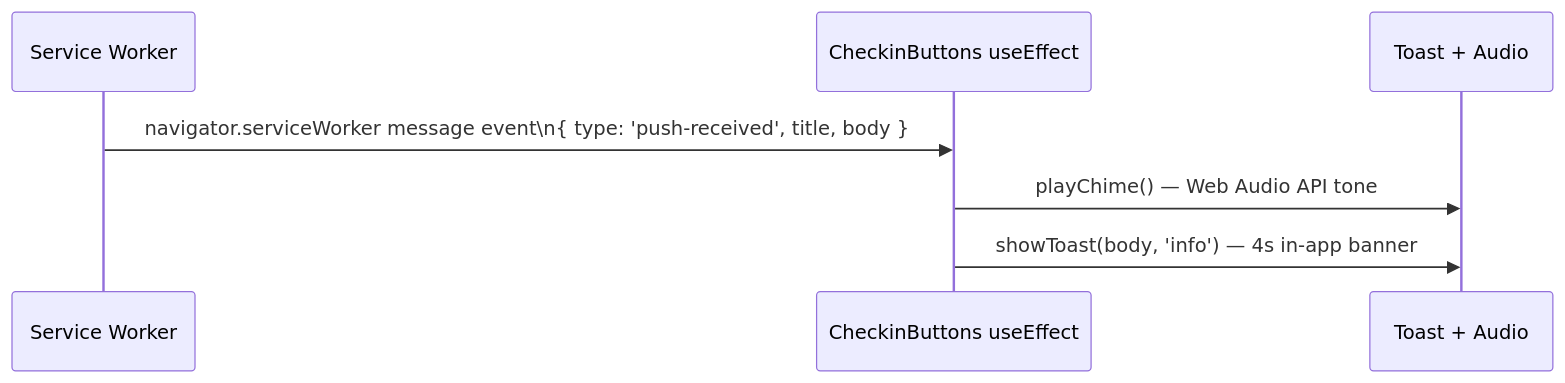
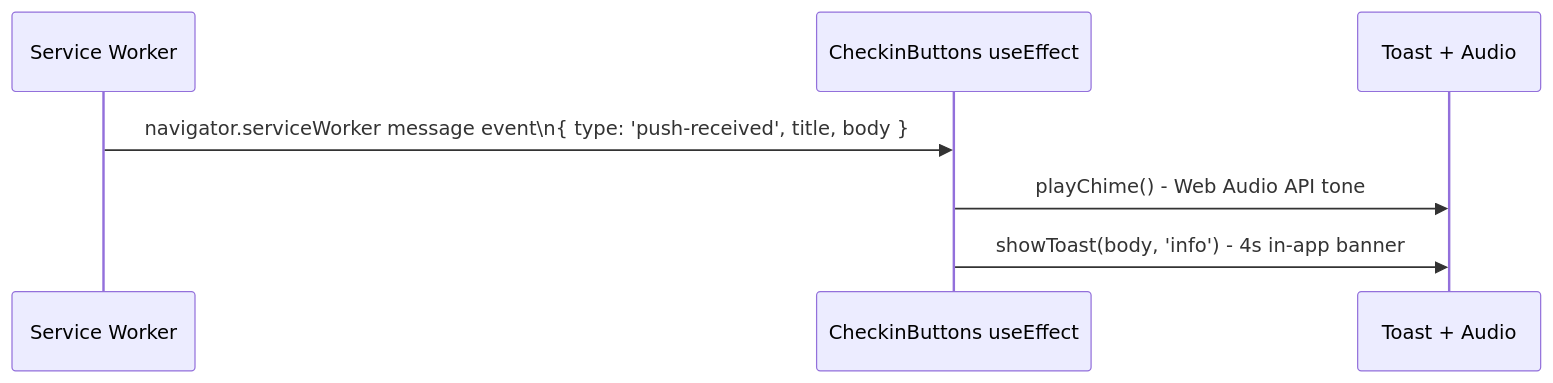
Before and after one commit to ksharma20/checkmark: the fifth of 6 diagrams in docs/architecture/notification-flow.md, drawn with Mermaid. The commit also changed other lines of this file and 75 other files, not shown here.

````diff
--- a/docs/architecture/notification-flow.md
+++ b/docs/architecture/notification-flow.md
@@ -133,10 +133,10 @@
 ```mermaid
 sequenceDiagram
   participant SW as Service Worker
   participant CK as CheckinButtons useEffect
   participant UI as Toast + Audio
 
   SW->>CK: navigator.serviceWorker message event\n{ type: 'push-received', title, body }
-  CK->>UI: playChime() — Web Audio API tone
-  CK->>UI: showToast(body, 'info') — 4s in-app banner
+  CK->>UI: playChime() - Web Audio API tone
+  CK->>UI: showToast(body, 'info') - 4s in-app banner
 ```
````
